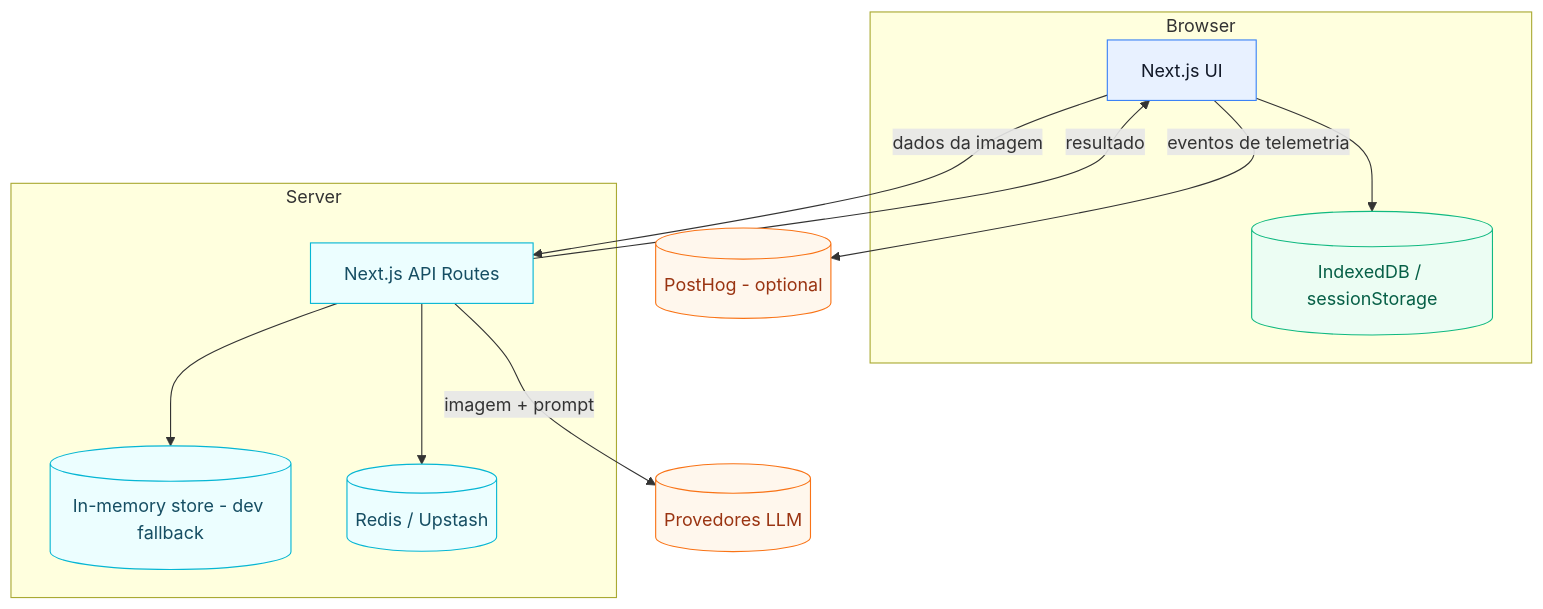
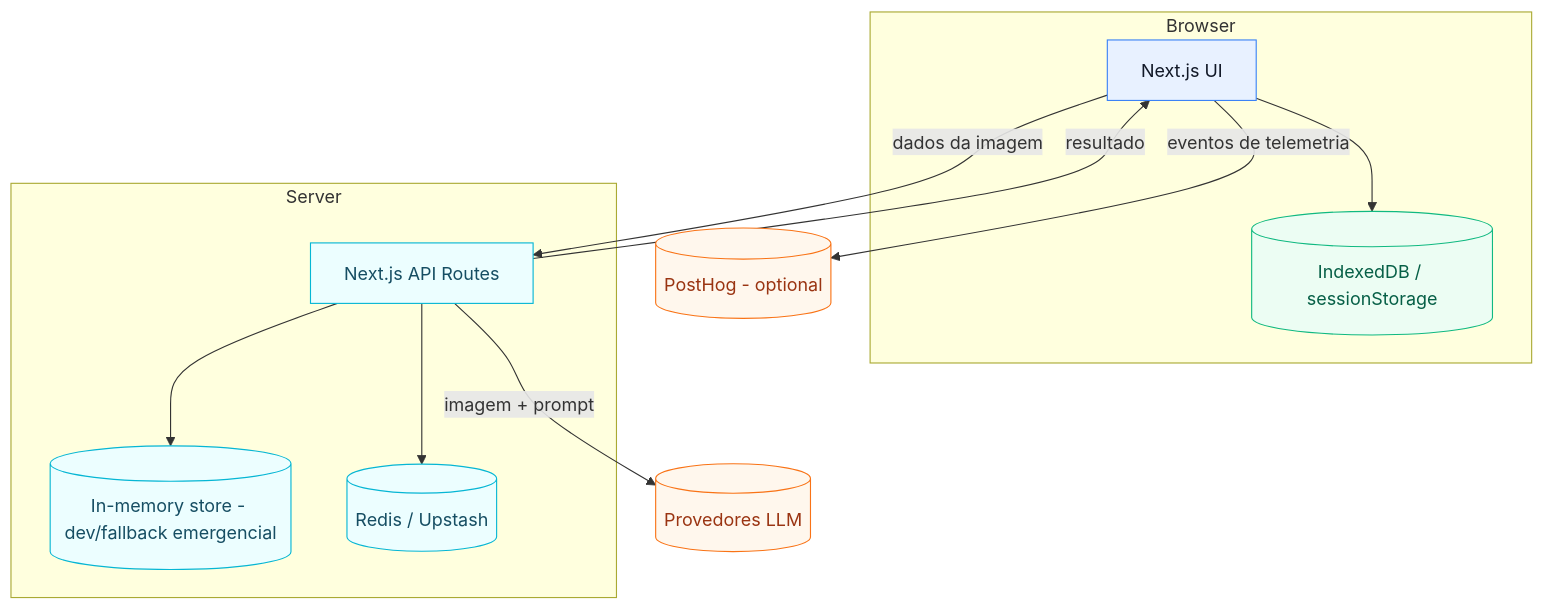
The diagram in docs/architecture/diagrams/C2.md (raferbati-br/entenda-o-documento), drawn with Mermaid before and after one commit. The commit also changed other lines of this file and 5 other files, not shown here.

````diff
--- a/docs/architecture/diagrams/C2.md
+++ b/docs/architecture/diagrams/C2.md
@@ -12,37 +12,37 @@
 ```mermaid
 flowchart TB
   %% Camadas
   subgraph Browser[Browser]
     UI[Next.js UI]
     Storage[(IndexedDB / sessionStorage)]
   end
 
   subgraph Server[Server]
     API[Next.js API Routes]
-    Memory[(In-memory store - dev fallback)]
+    Memory[(In-memory store - dev/fallback emergencial)]
     Redis[(Redis / Upstash)]
   end
 
   LLM[(Provedores LLM)]
   PostHog[(PostHog - optional)]
 
   %% Fluxos
   UI -->|dados da imagem| API
   API --> Redis
   API --> Memory
   API -->|imagem + prompt| LLM
   API -->|resultado| UI
   UI --> Storage
   UI -->|eventos de telemetria| PostHog
 
   %% Cores
   classDef browser fill:#e8f1ff,stroke:#3b82f6,stroke-width:1px,color:#111827;
   classDef server fill:#ecfeff,stroke:#06b6d4,stroke-width:1px,color:#164e63;
   classDef store fill:#ecfdf3,stroke:#10b981,stroke-width:1px,color:#065f46;
   classDef external fill:#fff7ed,stroke:#f97316,stroke-width:1px,color:#9a3412;
 
   class UI browser;
   class Storage store;
   class API,Memory,Redis server;
   class LLM,PostHog external;
 ```
````
